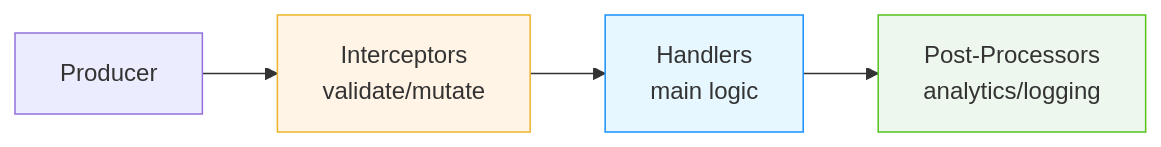
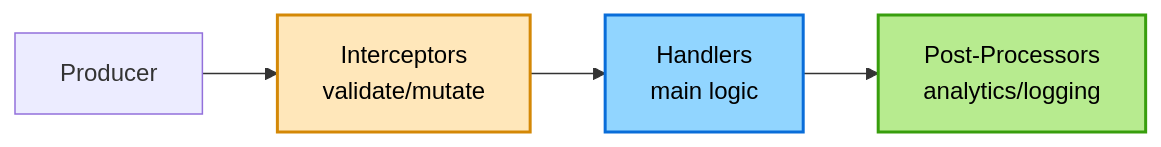
One commit to wallstop/DxMessaging changed the diagram in README.md. Above: the diagram before and after it, drawn with Mermaid. The commit also changed 5 other files, not shown here.

First line of the commit message:
Mermaid diagram updates (#68)

````diff
--- a/README.md
+++ b/README.md
@@ -357,9 +357,9 @@
 ```mermaid
 flowchart LR
     P[Producer] --> I[Interceptors<br/>validate/mutate]
     I --> H[Handlers<br/>main logic]
     H --> PP[Post-Processors<br/>analytics/logging]
-    style I fill:#fff4e5,stroke:#f0b429
-    style H fill:#e6f7ff,stroke:#1890ff
-    style PP fill:#eef7ee,stroke:#52c41a
+    style I fill:#ffe7ba,stroke:#d48806,stroke-width:2px,color:#000
+    style H fill:#91d5ff,stroke:#096dd9,stroke-width:2px,color:#000
+    style PP fill:#b7eb8f,stroke:#389e0d,stroke-width:2px,color:#000
 ```
````
